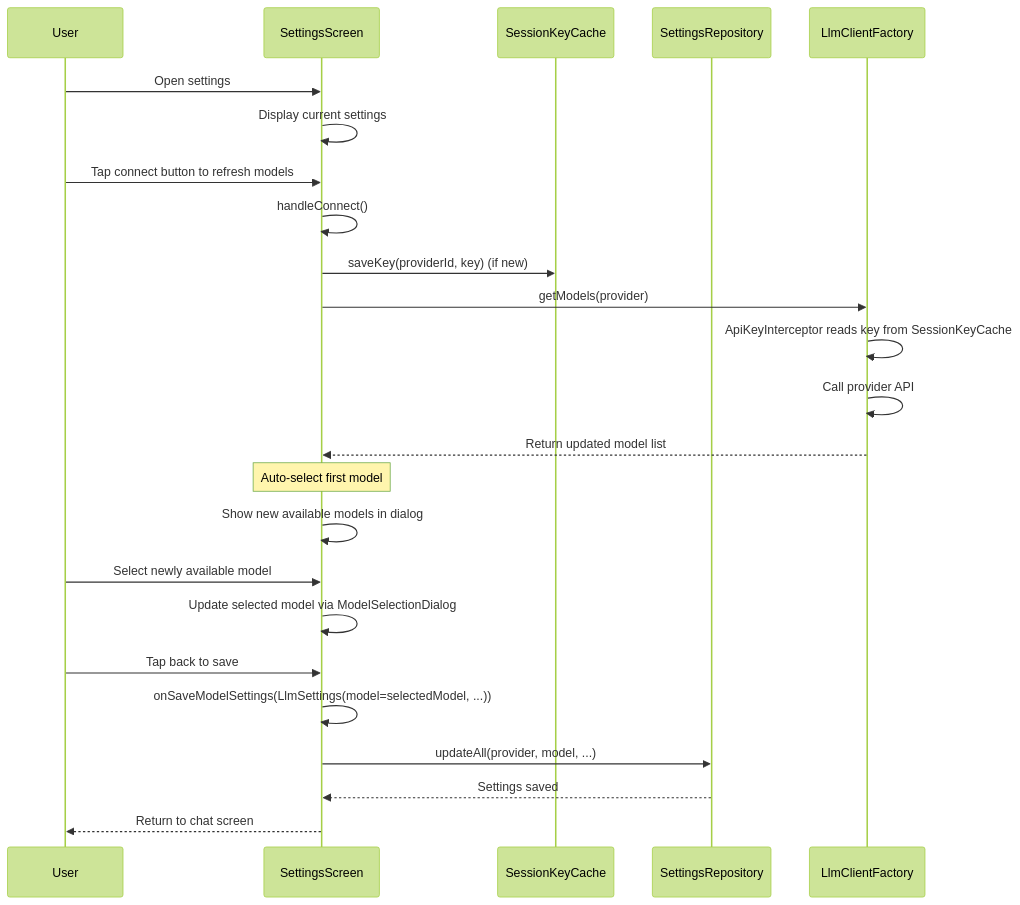
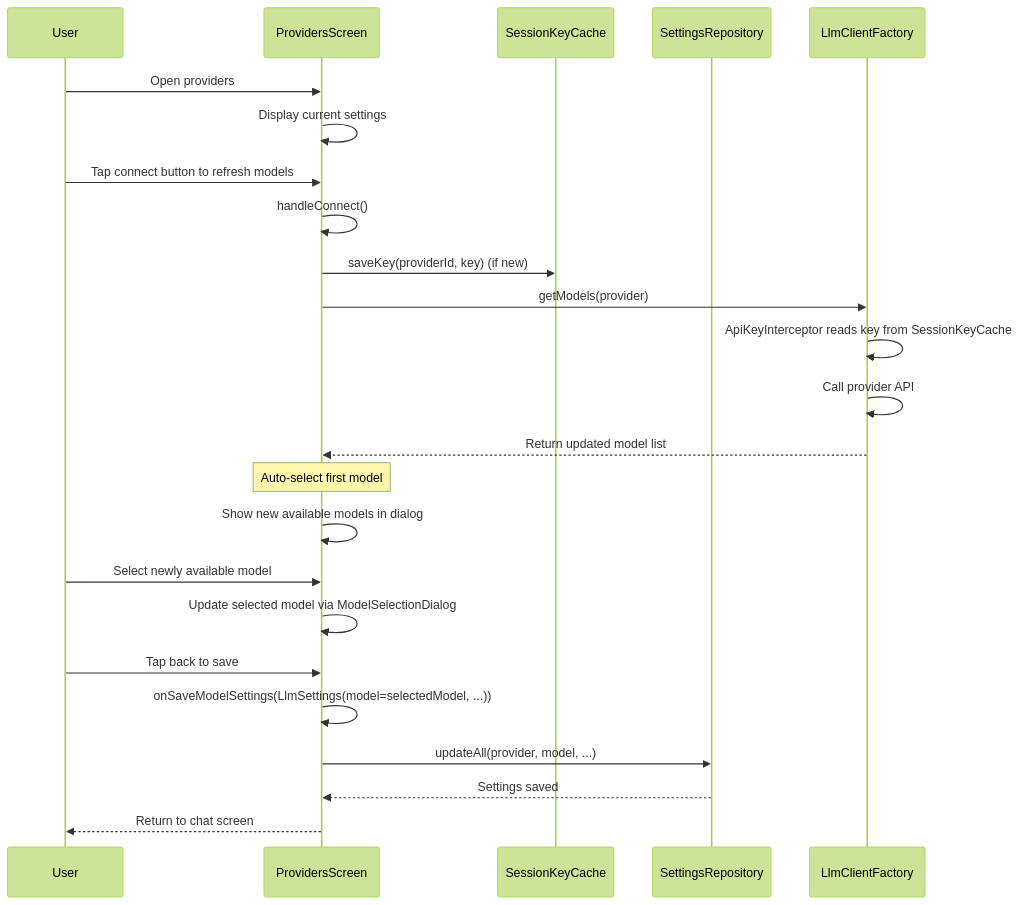
One commit to lehoang318/buddy changed diagram 11 of 11 in docs/seq_others.md. Above: the diagram before and after it, drawn with Mermaid (forest theme). The commit also changed other lines of this file and 48 other files, not shown here.

````diff
--- a/docs/seq_others.md
+++ b/docs/seq_others.md
@@ -383,33 +383,33 @@
 ```mermaid
 sequenceDiagram
     participant User
-    participant SettingsScreen
+    participant ProvidersScreen
     participant SessionKeyCache
     participant SettingsRepository
     participant LlmClientFactory
 
-    User->>SettingsScreen: Open settings
-    SettingsScreen->>SettingsScreen: Display current settings
+    User->>ProvidersScreen: Open providers
+    ProvidersScreen->>ProvidersScreen: Display current settings
 
-    User->>SettingsScreen: Tap connect button to refresh models
-    SettingsScreen->>SettingsScreen: handleConnect()
-    SettingsScreen->>SessionKeyCache: saveKey(providerId, key) (if new)
-    SettingsScreen->>LlmClientFactory: getModels(provider)
+    User->>ProvidersScreen: Tap connect button to refresh models
+    ProvidersScreen->>ProvidersScreen: handleConnect()
+    ProvidersScreen->>SessionKeyCache: saveKey(providerId, key) (if new)
+    ProvidersScreen->>LlmClientFactory: getModels(provider)
     LlmClientFactory->>LlmClientFactory: ApiKeyInterceptor reads key from SessionKeyCache
     LlmClientFactory->>LlmClientFactory: Call provider API
-    LlmClientFactory-->>SettingsScreen: Return updated model list
+    LlmClientFactory-->>ProvidersScreen: Return updated model list
 
-    Note over SettingsScreen: Auto-select first model
+    Note over ProvidersScreen: Auto-select first model
 
-    SettingsScreen->>SettingsScreen: Show new available models in dialog
+    ProvidersScreen->>ProvidersScreen: Show new available models in dialog
 
-    User->>SettingsScreen: Select newly available model
-    SettingsScreen->>SettingsScreen: Update selected model via ModelSelectionDialog
+    User->>ProvidersScreen: Select newly available model
+    ProvidersScreen->>ProvidersScreen: Update selected model via ModelSelectionDialog
 
-    User->>SettingsScreen: Tap back to save
-    SettingsScreen->>SettingsScreen: onSaveModelSettings(LlmSettings(model=selectedModel, ...))
-    SettingsScreen->>SettingsRepository: updateAll(provider, model, ...)
-    SettingsRepository-->>SettingsScreen: Settings saved
+    User->>ProvidersScreen: Tap back to save
+    ProvidersScreen->>ProvidersScreen: onSaveModelSettings(LlmSettings(model=selectedModel, ...))
+    ProvidersScreen->>SettingsRepository: updateAll(provider, model, ...)
+    SettingsRepository-->>ProvidersScreen: Settings saved
 
-    SettingsScreen-->>User: Return to chat screen
+    ProvidersScreen-->>User: Return to chat screen
 ```
````
